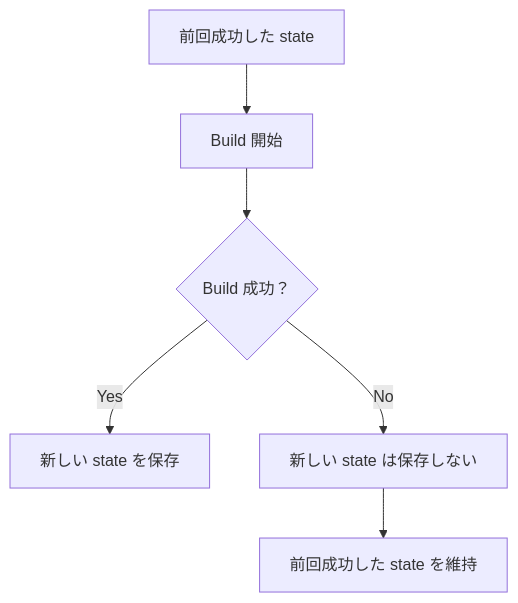
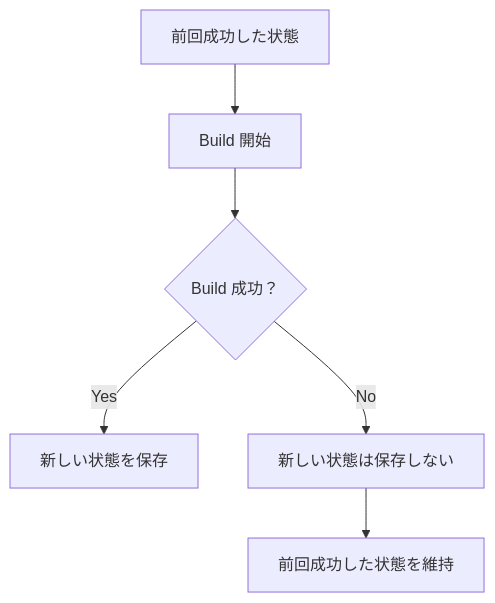
The first of 2 diagrams in docs/ja/docs/framework/build-system.md (Rerurate514/riebeckite), drawn with Mermaid before and after one commit. The commit also changed other lines of this file, not shown here.

````diff
--- a/docs/ja/docs/framework/build-system.md
+++ b/docs/ja/docs/framework/build-system.md
@@ -77,10 +73,10 @@
 ```mermaid
 flowchart TD
-    A["前回成功した state"] --> B["Build 開始"]
+    A["前回成功した状態"] --> B["Build 開始"]
     B --> C{"Build 成功？"}
 
-    C -->|Yes| D["新しい state を保存"]
-    C -->|No| E["新しい state は保存しない"]
+    C -->|Yes| D["新しい状態を保存"]
+    C -->|No| E["新しい状態は保存しない"]
 
-    E --> F["前回成功した state を維持"]
+    E --> F["前回成功した状態を維持"]
 ```
````
